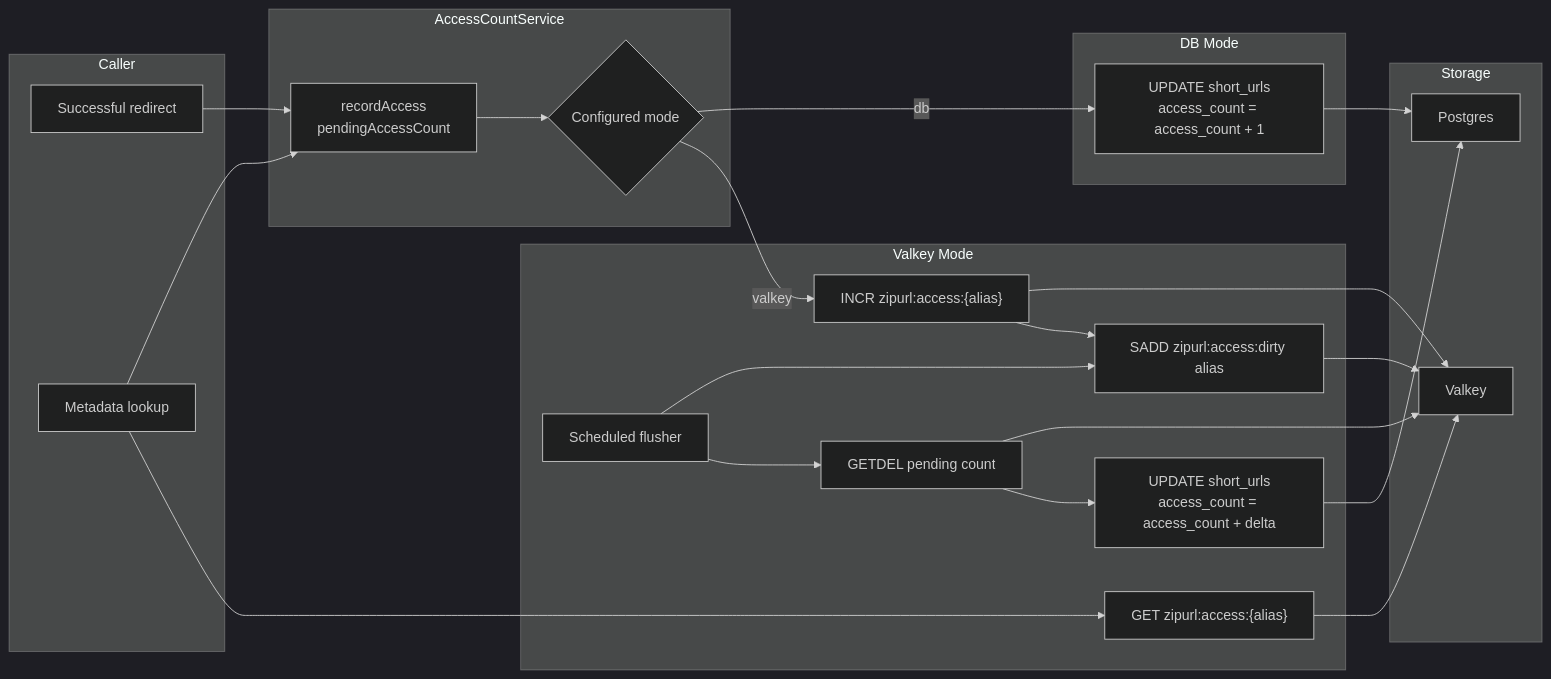
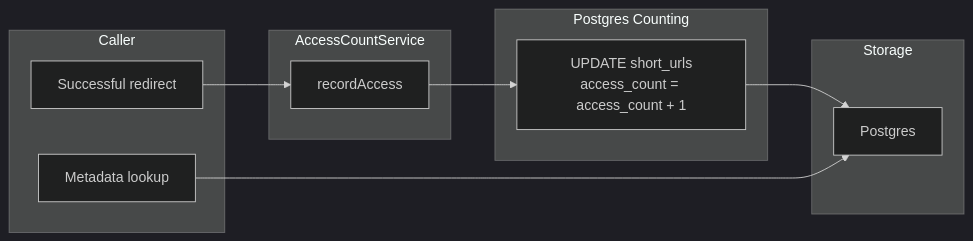
Before and after one commit to itsmesubham/zipurl: the fourth of 5 diagrams in README.md, drawn with Mermaid (dark theme). The commit also changed other lines of this file and 10 other files, not shown here.

````diff
--- a/README.md
+++ b/README.md
@@ -158,40 +159,22 @@
 ```mermaid
 flowchart LR
     subgraph caller [Caller]
         redirectFlow["Successful redirect"]
         metadataFlow["Metadata lookup"]
     end
 
     subgraph abstraction [AccessCountService]
-        interface["recordAccess\npendingAccessCount"]
-        mode{"Configured mode"}
+        interface["recordAccess"]
     end
 
-    subgraph dbMode [DB Mode]
+    subgraph dbMode [Postgres Counting]
         dbIncrement["UPDATE short_urls\naccess_count = access_count + 1"]
-    end
-
-    subgraph valkeyMode [Valkey Mode]
-        incr["INCR zipurl:access:{alias}"]
-        dirty["SADD zipurl:access:dirty alias"]
-        pendingRead["GET zipurl:access:{alias}"]
-        flusher["Scheduled flusher"]
-        drain["GETDEL pending count"]
-        batchUpdate["UPDATE short_urls\naccess_count = access_count + delta"]
     end
 
     subgraph storage [Storage]
         postgres["Postgres"]
-        valkeyStore["Valkey"]
     end
 
-    redirectFlow --> interface --> mode
-    metadataFlow --> interface
-    mode -->|"db"| dbIncrement --> postgres
-    mode -->|"valkey"| incr --> valkeyStore
-    incr --> dirty --> valkeyStore
-    metadataFlow --> pendingRead --> valkeyStore
-    flusher --> dirty
-    flusher --> drain --> valkeyStore
-    drain --> batchUpdate --> postgres
+    redirectFlow --> interface --> dbIncrement --> postgres
+    metadataFlow --> postgres
 ```
````
